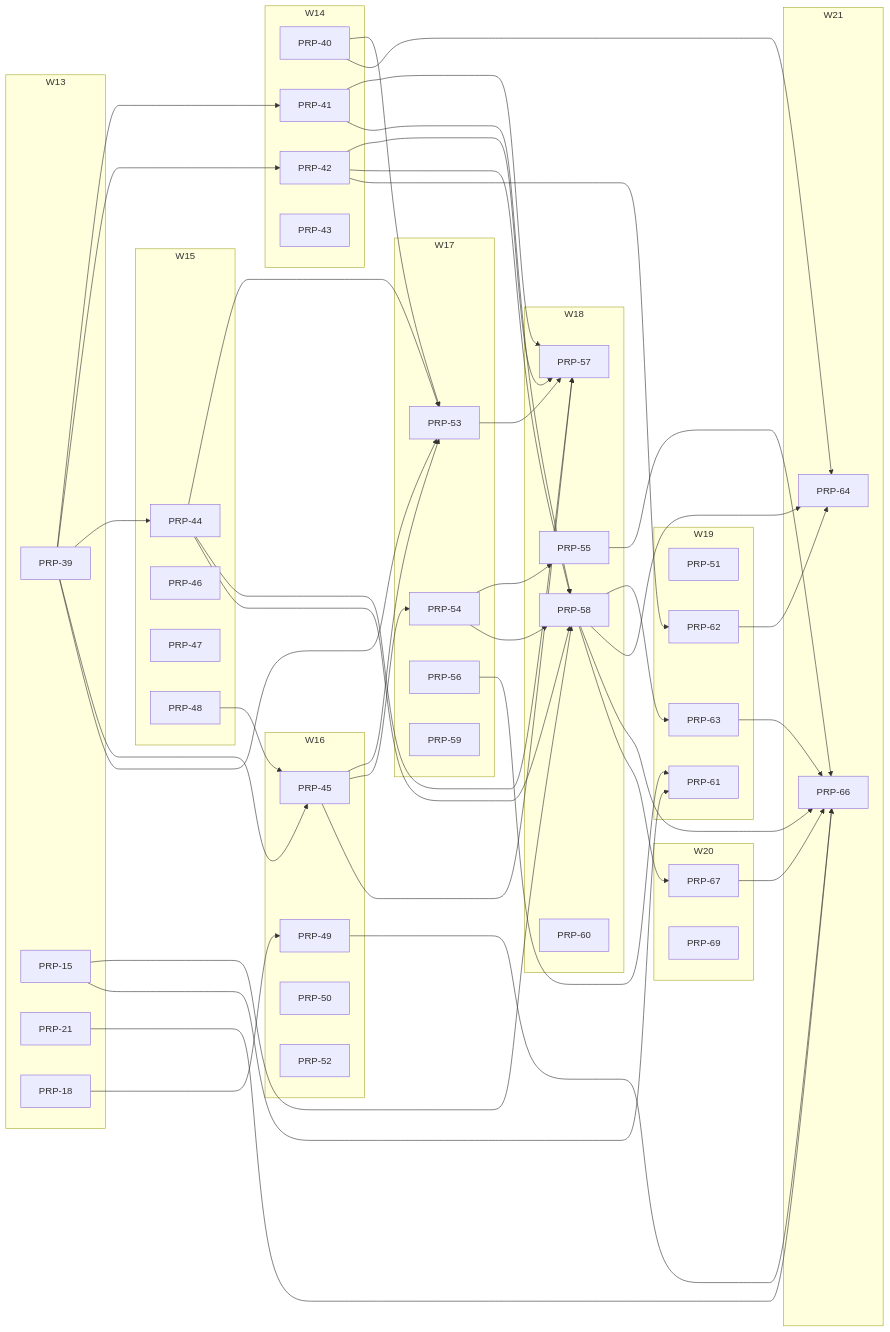
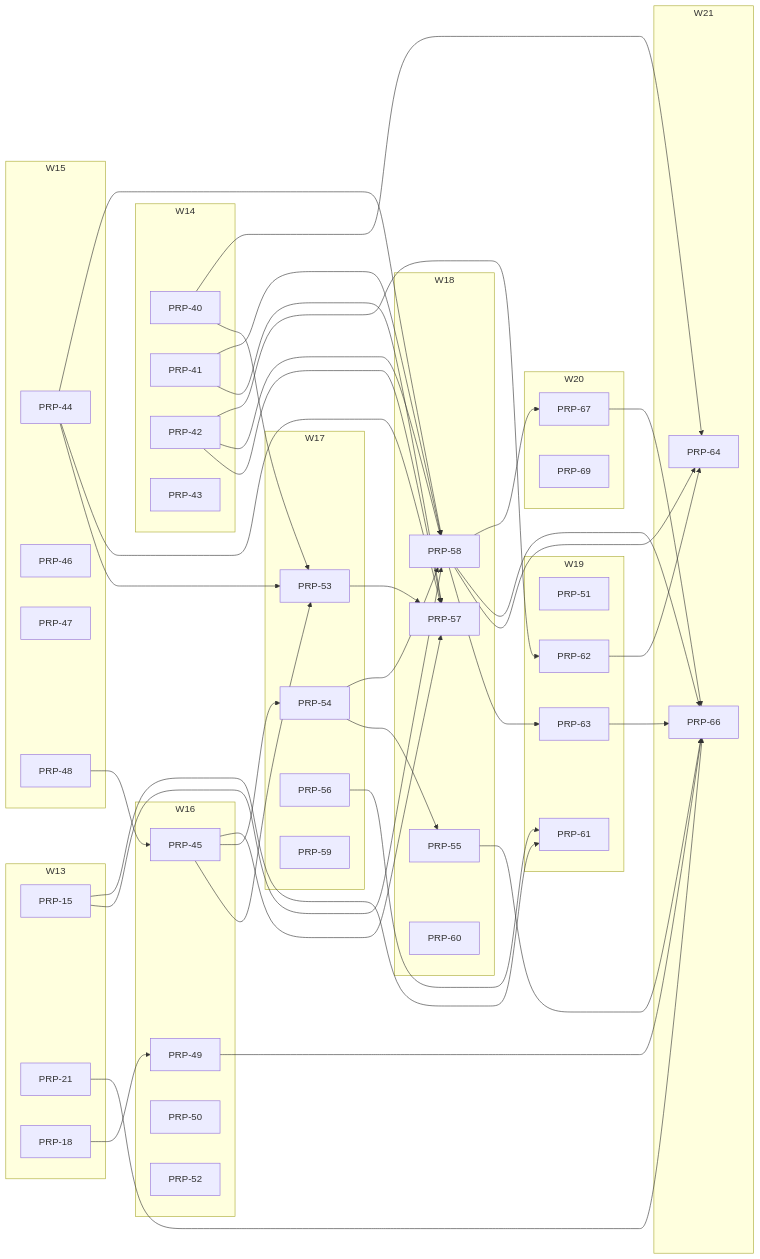
One commit to fgarofalo56/neurosphere changed the diagram in PRPs/EXECUTION-PLAN.md. Above: the diagram before and after it, drawn with Mermaid. The commit also changed other lines of this file and 12 other files, not shown here.

````diff
--- a/PRPs/EXECUTION-PLAN.md
+++ b/PRPs/EXECUTION-PLAN.md
@@ -152,7 +151,6 @@
 ```mermaid
 flowchart LR
   subgraph W13
-    P39["PRP-39"]
     P15["PRP-15"]
     P21["PRP-21"]
     P18["PRP-18"]
@@ -201,13 +199,8 @@
     P64["PRP-64"]
     P66["PRP-66"]
   end
-  P39 --> P41
-  P39 --> P42
-  P39 --> P44
-  P39 --> P45
   P48 --> P45
   P18 --> P49
-  P39 --> P53
   P40 --> P53
   P44 --> P53
   P45 --> P53
````
